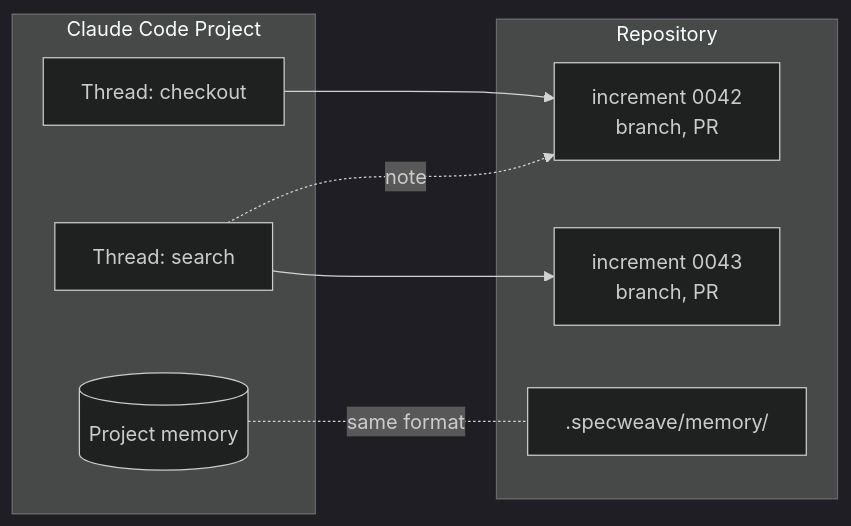
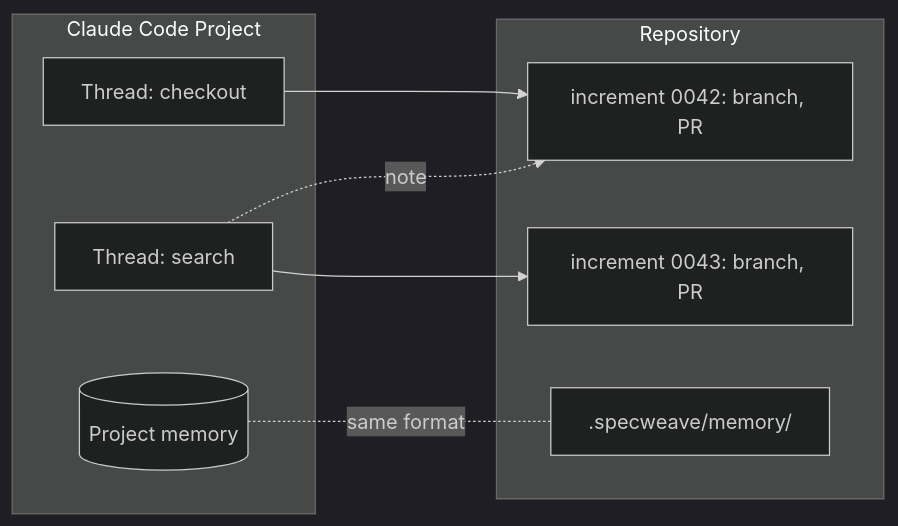
Before and after one commit to anton-abyzov/specweave: the fourth of 4 diagrams in docs-site/docs/overview/how-it-works.md, drawn with Mermaid (dark theme). The commit also changed other lines of this file and 105 other files, not shown here.

Commit message:
Reorganize site content, add scroll sequences and tutorial guides

````diff
--- a/docs-site/docs/overview/how-it-works.md
+++ b/docs-site/docs/overview/how-it-works.md
@@ -150,17 +150,17 @@
 ```mermaid
 flowchart LR
   subgraph project[Claude Code Project]
     t1[Thread: checkout]
     t2[Thread: search]
     mem[(Project memory)]
   end
   subgraph repo[Repository]
-    i1[increment 0042<br/>branch, PR]
-    i2[increment 0043<br/>branch, PR]
+    i1[increment 0042: branch, PR]
+    i2[increment 0043: branch, PR]
     smem[.specweave/memory/]
   end
   t1 --> i1
   t2 --> i2
   t2 -. note .-> i1
   mem -. same format .- smem
 ```
````
